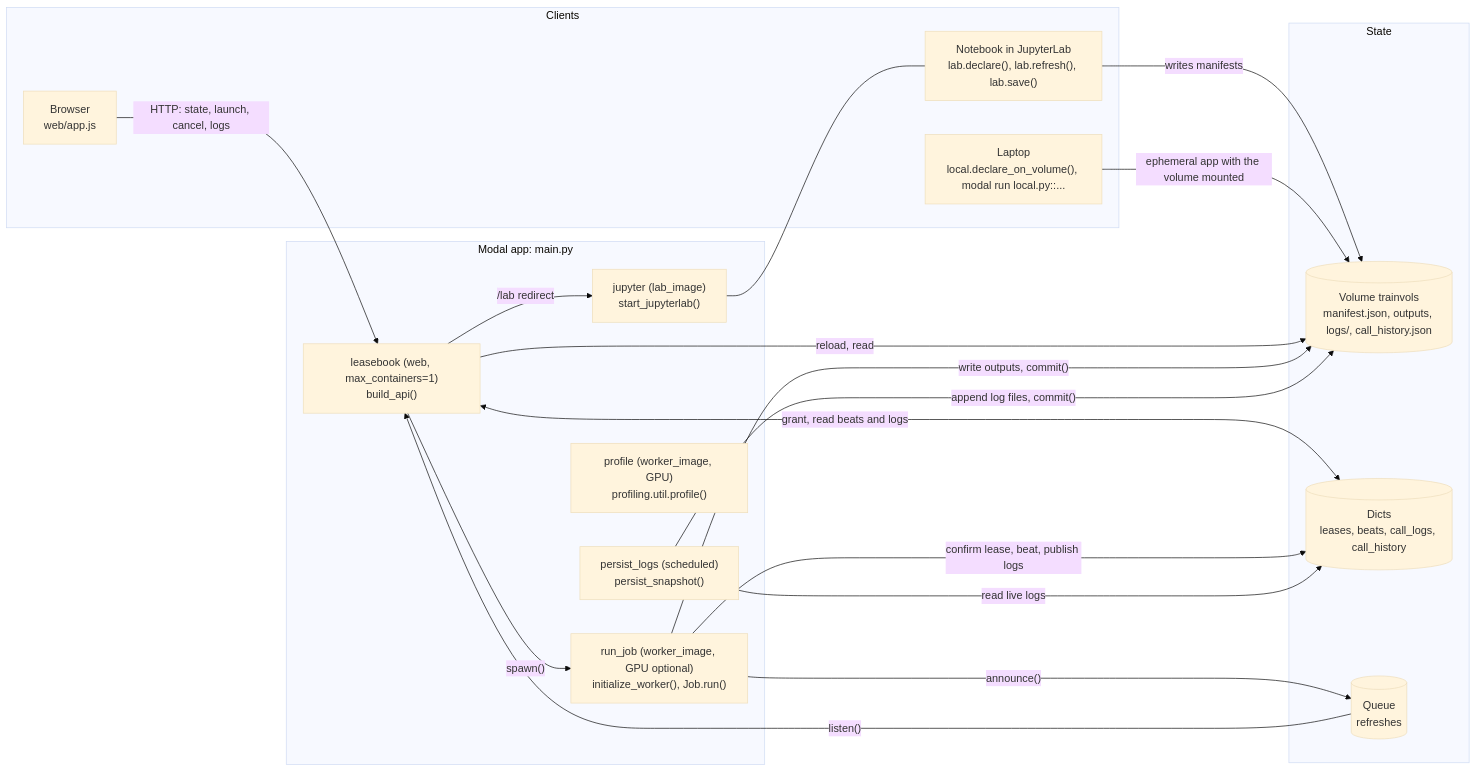
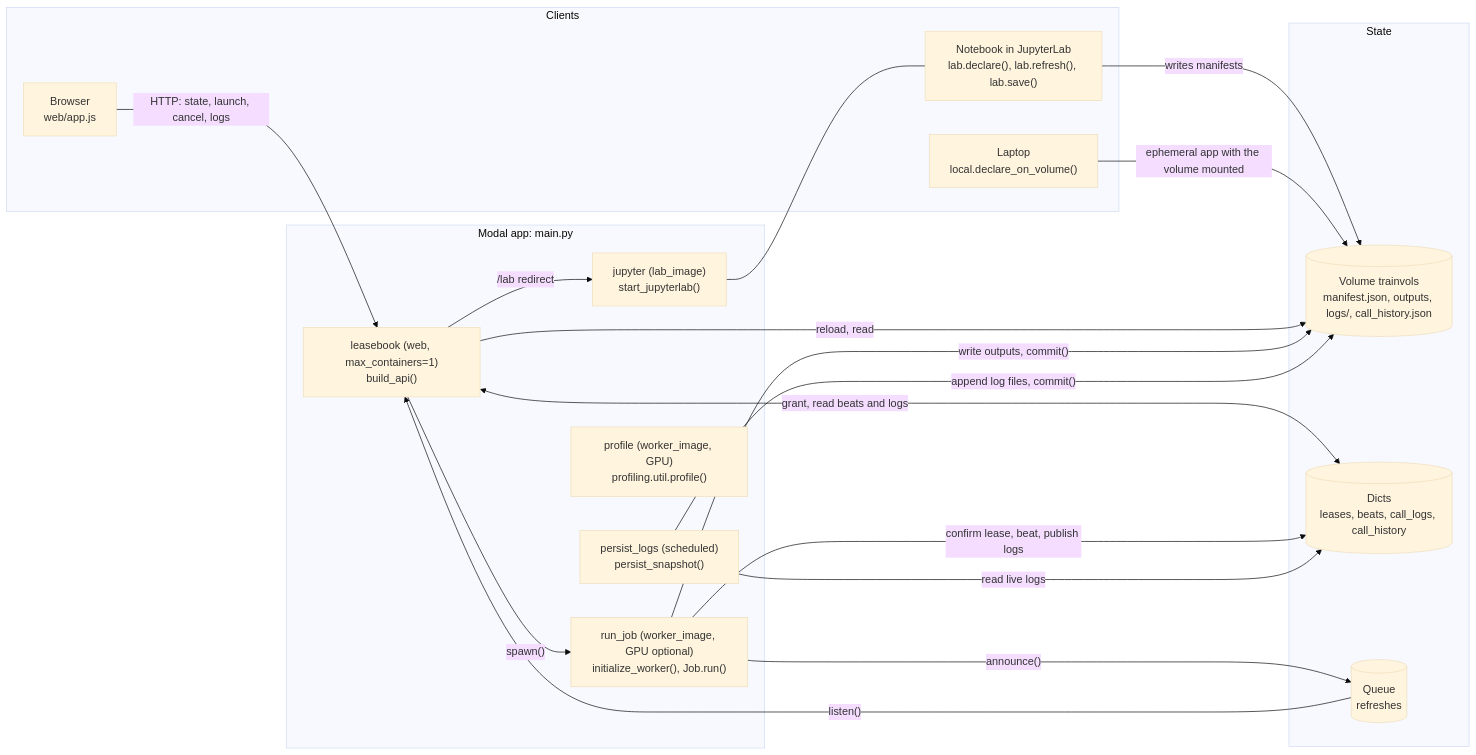
Before and after one commit to ocanphys/launchpad: the first of 4 diagrams in docs/launcher.md, drawn with Mermaid (base theme). The commit also changed 29 other files, not shown here.

First line of the commit message:
Declare from a notebook on Modal; no migrations; clearer report; profile owns its step

````diff
--- a/docs/launcher.md
+++ b/docs/launcher.md
@@ -10,37 +10,37 @@
 ```mermaid
 flowchart LR
   subgraph clients ["Clients"]
     NB["Notebook in JupyterLab<br/>lab.declare(), lab.refresh(), lab.save()"]
-    LP["Laptop<br/>local.declare_on_volume(), modal run local.py::..."]
+    LP["Laptop<br/>local.declare_on_volume()"]
     BR["Browser<br/>web/app.js"]
   end
 
   subgraph app ["Modal app: main.py"]
     LB["leasebook (web, max_containers=1)<br/>build_api()"]
     RJ["run_job (worker_image, GPU optional)<br/>initialize_worker(), Job.run()"]
     PL["persist_logs (scheduled)<br/>persist_snapshot()"]
     JP["jupyter (lab_image)<br/>start_jupyterlab()"]
     PR["profile (worker_image, GPU)<br/>profiling.util.profile()"]
   end
 
   subgraph stores ["State"]
     V[("Volume trainvols<br/>manifest.json, outputs, logs/, call_history.json")]
     D[("Dicts<br/>leases, beats, call_logs, call_history")]
     Q[("Queue<br/>refreshes")]
   end
 
   BR -->|"HTTP: state, launch, cancel, logs"| LB
   NB -->|"writes manifests"| V
   LP -->|"ephemeral app with the volume mounted"| V
   JP --- NB
   LB -->|"spawn()"| RJ
   LB -->|"/lab redirect"| JP
   LB <-->|"grant, read beats and logs"| D
   LB -->|"reload, read"| V
   Q -->|"listen()"| LB
   RJ -->|"confirm lease, beat, publish logs"| D
   RJ -->|"announce()"| Q
   RJ -->|"write outputs, commit()"| V
   PL -->|"read live logs"| D
   PL -->|"append log files, commit()"| V
 ```
````
